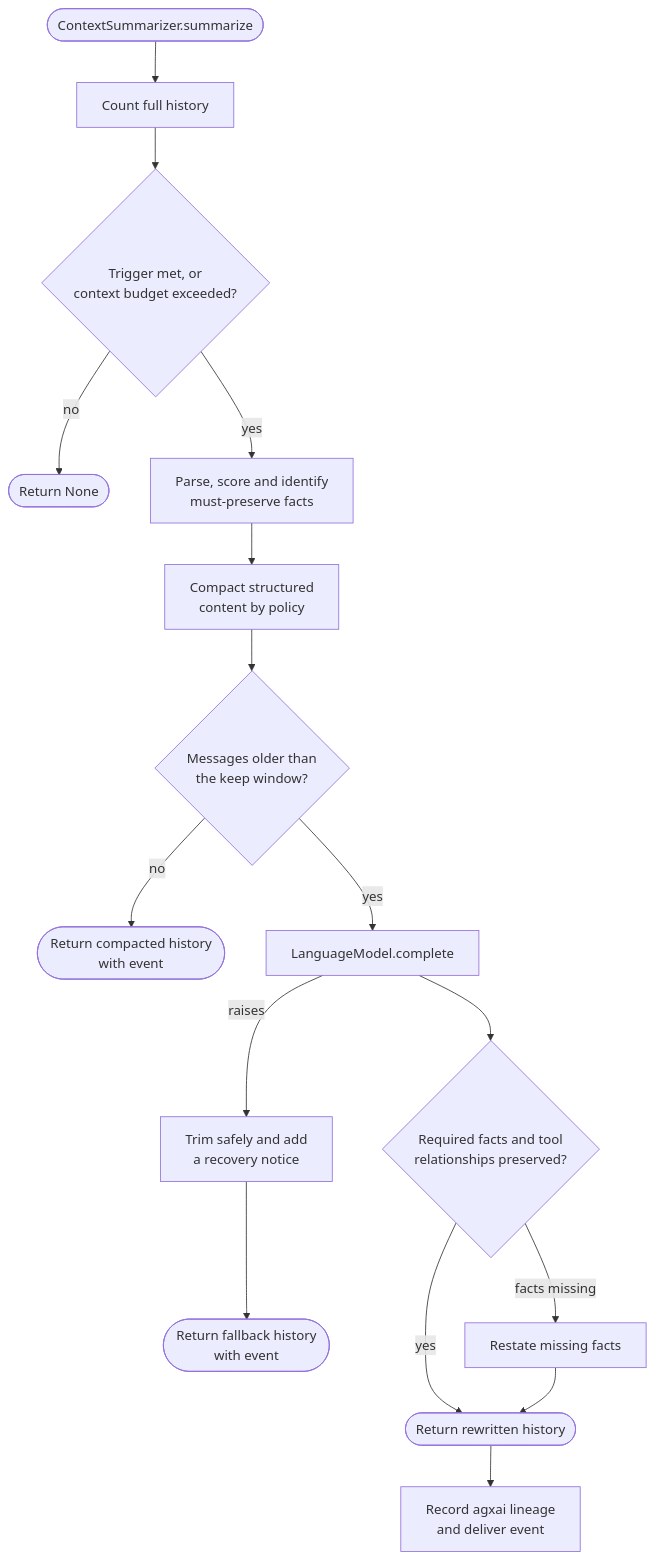
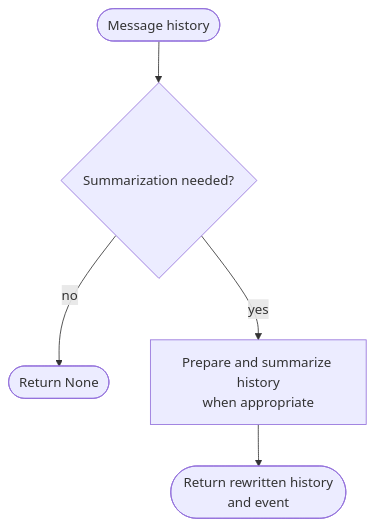
The diagram in diagrams/pipeline.mmd (smuniharish/contextsage), drawn with Mermaid before and after one commit. The commit also changed 30 other files, not shown here.

```diff
--- a/diagrams/pipeline.mmd
+++ b/diagrams/pipeline.mmd
@@ -1,16 +1,5 @@
 flowchart TB
-    start(["ContextSummarizer.summarize"]) --> count["Count full history"]
-    count --> trigger{"Trigger met, or<br/>context budget exceeded?"}
+    start(["Message history"]) --> trigger{"Summarization needed?"}
     trigger -- no --> unchanged(["Return None"])
-    trigger -- yes --> parse["Parse, score and identify<br/>must-preserve facts"]
-    parse --> compact["Compact structured<br/>content by policy"]
-    compact --> older{"Messages older than<br/>the keep window?"}
-    older -- no --> compacted(["Return compacted history<br/>with event"])
-    older -- yes --> model["LanguageModel.complete"]
-    model -- "raises" --> fallback["Trim safely and add<br/>a recovery notice"]
-    fallback --> recovered(["Return fallback history<br/>with event"])
-    model --> validate{"Required facts and tool<br/>relationships preserved?"}
-    validate -- yes --> result(["Return rewritten history"])
-    validate -- "facts missing" --> restate["Restate missing facts"]
-    restate --> result
-    result --> record["Record agxai lineage<br/>and deliver event"]
+    trigger -- yes --> summarize["Prepare and summarize history<br/>when appropriate"]
+    summarize --> result(["Return rewritten history<br/>and event"])
```
